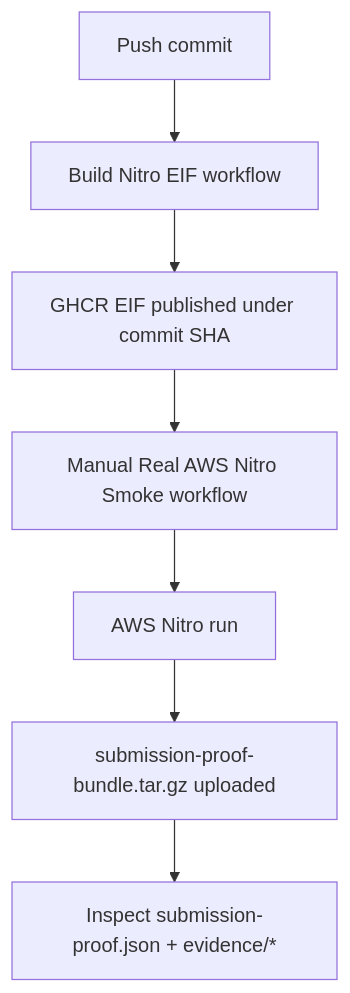
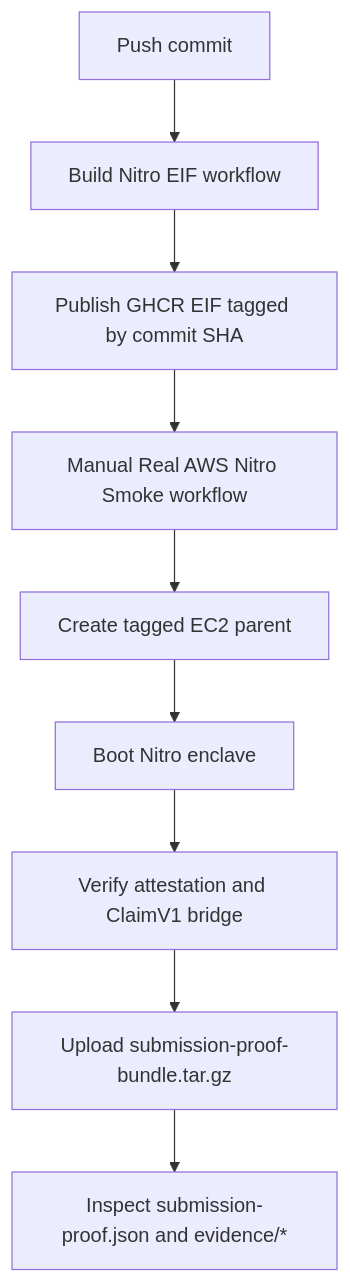
One commit to arakoodev/SolRL changed the tenth of 13 diagrams in why.md. Above: the diagram before and after it, drawn with Mermaid. The commit also changed other lines of this file and 1 other file, not shown here.

````diff
--- a/why.md
+++ b/why.md
@@ -292,9 +325,11 @@
 ```mermaid
 flowchart TD
     A["Push commit"] --> B["Build Nitro EIF workflow"]
-    B --> C["GHCR EIF published under commit SHA"]
+    B --> C["Publish GHCR EIF tagged by commit SHA"]
     C --> D["Manual Real AWS Nitro Smoke workflow"]
-    D --> E["AWS Nitro run"]
-    E --> F["submission-proof-bundle.tar.gz uploaded"]
-    F --> G["Inspect submission-proof.json + evidence/*"]
+    D --> E["Create tagged EC2 parent"]
+    E --> F["Boot Nitro enclave"]
+    F --> G["Verify attestation and ClaimV1 bridge"]
+    G --> H["Upload submission-proof-bundle.tar.gz"]
+    H --> I["Inspect submission-proof.json and evidence/*"]
 ```
````
